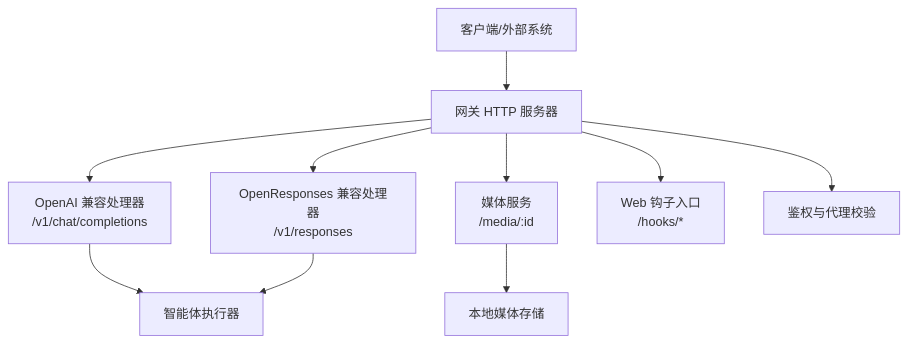
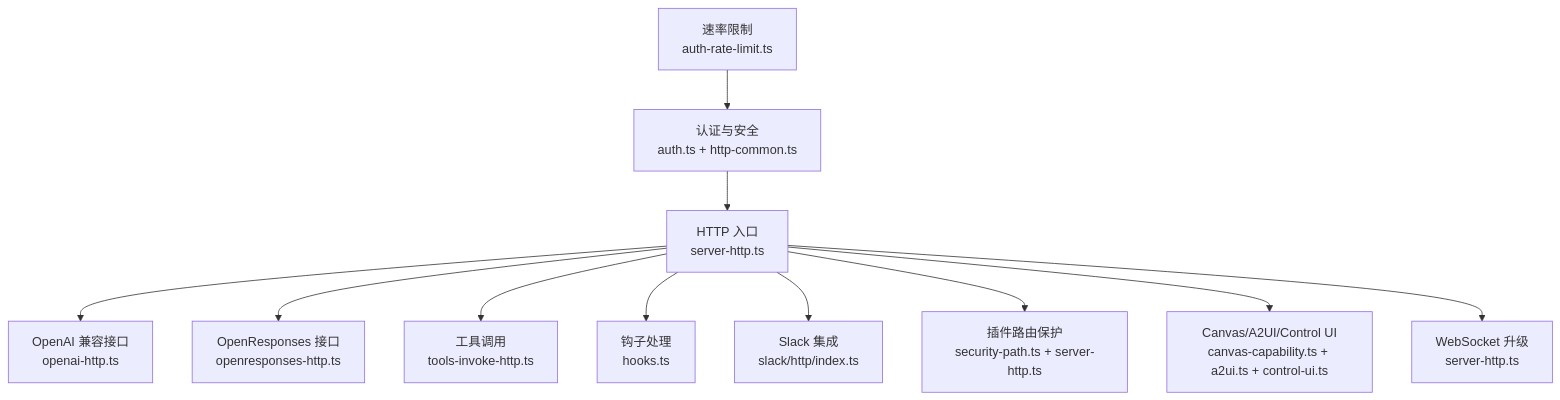
One commit to HACK-WU/openclaw changed the first of 6 diagrams in .qoder/repowiki/zh/content/API参考/HTTP API.md. Above: the diagram before and after it, drawn with Mermaid. The commit also changed other lines of this file and 549 other files, not shown here.

````diff
--- a/.qoder/repowiki/zh/content/API参考/HTTP API.md
+++ b/.qoder/repowiki/zh/content/API参考/HTTP API.md
@@ -49,12 +127,13 @@
 ```mermaid
 graph TB
-Client["客户端/外部系统"] --> Gateway["网关 HTTP 服务器"]
-Gateway --> OpenAI["OpenAI 兼容处理器<br/>/v1/chat/completions"]
-Gateway --> Responses["OpenResponses 兼容处理器<br/>/v1/responses"]
-Gateway --> Media["媒体服务<br/>/media/:id"]
-Gateway --> Hooks["Web 钩子入口<br/>/hooks/*"]
-Gateway --> Auth["鉴权与代理校验"]
-OpenAI --> Agent["智能体执行器"]
-Responses --> Agent
-Media --> Store["本地媒体存储"]
+A["HTTP 入口<br/>server-http.ts"] --> B["OpenAI 兼容接口<br/>openai-http.ts"]
+A --> C["OpenResponses 接口<br/>openresponses-http.ts"]
+A --> D["工具调用<br/>tools-invoke-http.ts"]
+A --> E["钩子处理<br/>hooks.ts"]
+A --> F["Slack 集成<br/>slack/http/index.ts"]
+A --> G["插件路由保护<br/>security-path.ts + server-http.ts"]
+A --> H["Canvas/A2UI/Control UI<br/>canvas-capability.ts + a2ui.ts + control-ui.ts"]
+A --> I["WebSocket 升级<br/>server-http.ts"]
+J["认证与安全<br/>auth.ts + http-common.ts"] --> A
+K["速率限制<br/>auth-rate-limit.ts"] --> J
 ```
````
